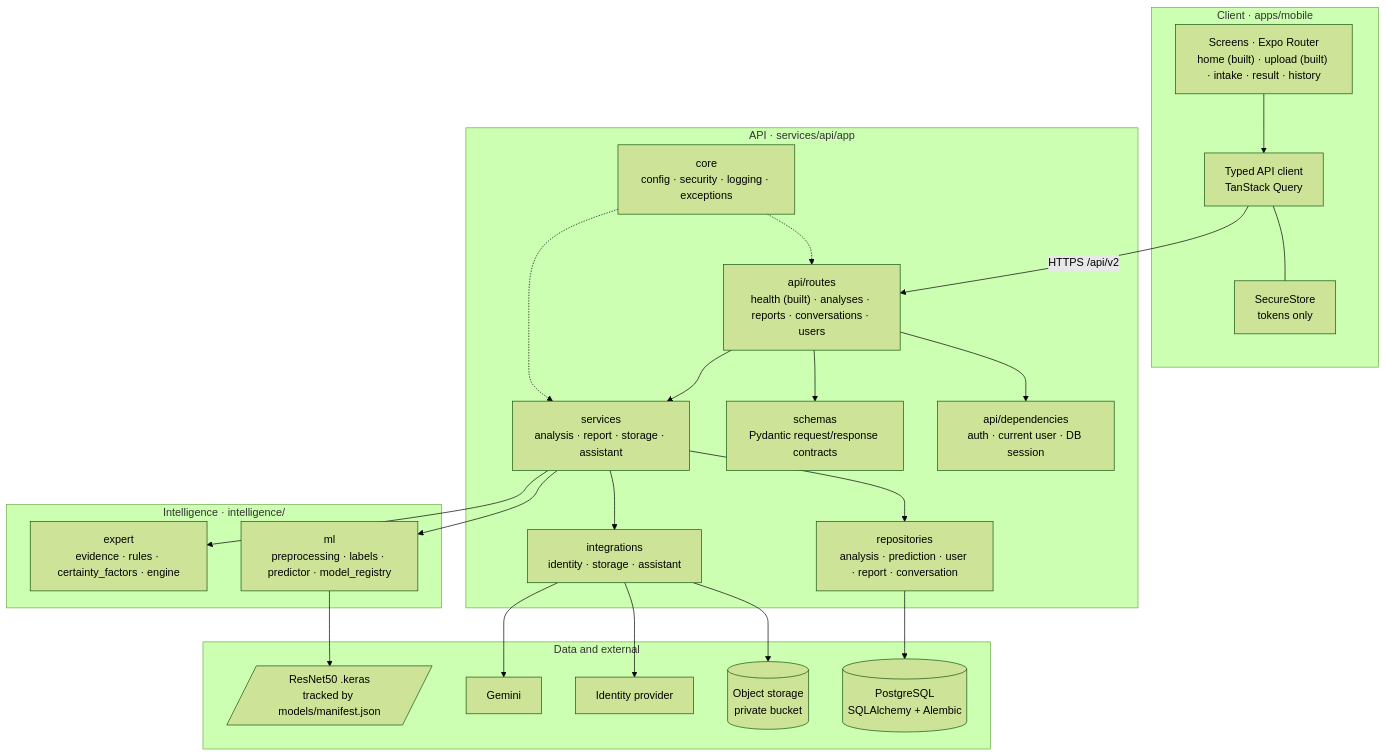
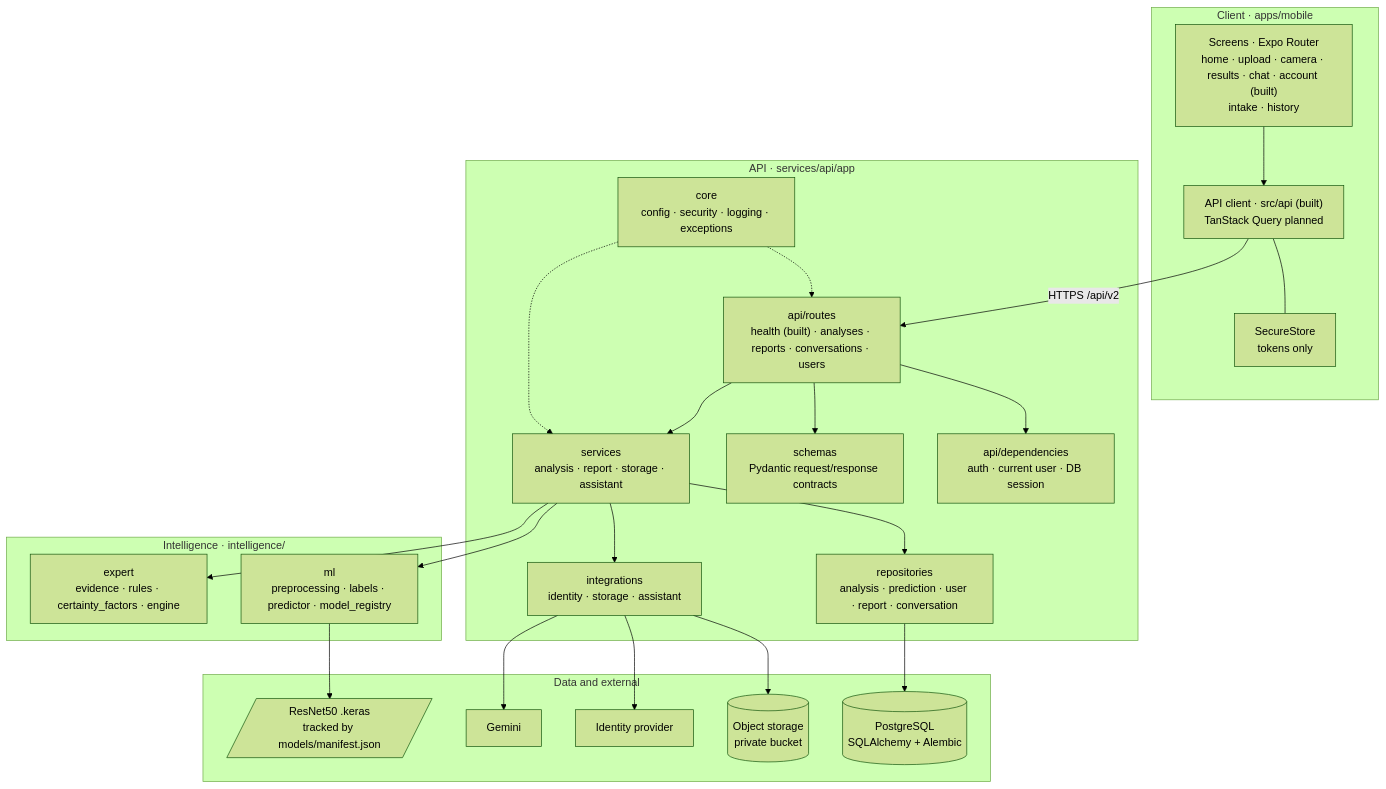
Before and after one commit to raul559/Capstone460v2: the second of 11 diagrams in docs/architecture/V2_ARCHITECTURE_DIAGRAMS.md, drawn with Mermaid (forest theme). The commit also changed other lines of this file and 7 other files, not shown here.

````diff
--- a/docs/architecture/V2_ARCHITECTURE_DIAGRAMS.md
+++ b/docs/architecture/V2_ARCHITECTURE_DIAGRAMS.md
@@ -59,49 +59,49 @@
 ```mermaid
 flowchart TB
     subgraph client["Client · apps/mobile"]
-        screens["Screens · Expo Router<br/>home (built) · upload (built) · intake · result · history"]
-        apiclient["Typed API client<br/>TanStack Query"]
+        screens["Screens · Expo Router<br/>home · upload · camera · results · chat · account (built)<br/>intake · history"]
+        apiclient["API client · src/api (built)<br/>TanStack Query planned"]
         secure["SecureStore<br/>tokens only"]
         screens --> apiclient
         apiclient --- secure
     end
 
     subgraph api["API · services/api/app"]
         routes["api/routes<br/>health (built) · analyses · reports · conversations · users"]
         deps["api/dependencies<br/>auth · current user · DB session"]
         schemas["schemas<br/>Pydantic request/response contracts"]
         services["services<br/>analysis · report · storage · assistant"]
         repos["repositories<br/>analysis · prediction · user · report · conversation"]
         core["core<br/>config · security · logging · exceptions"]
         integ["integrations<br/>identity · storage · assistant"]
         routes --> deps
         routes --> schemas
         routes --> services
         services --> repos
         services --> integ
         core -.-> routes
         core -.-> services
     end
 
     subgraph intel["Intelligence · intelligence/"]
         ml["ml<br/>preprocessing · labels · predictor · model_registry"]
         expert["expert<br/>evidence · rules · certainty_factors · engine"]
     end
 
     subgraph data["Data and external"]
         pg[("PostgreSQL<br/>SQLAlchemy + Alembic")]
         obj[("Object storage<br/>private bucket")]
         idp["Identity provider"]
         gemini["Gemini"]
         model[/"ResNet50 .keras<br/>tracked by models/manifest.json"/]
     end
 
     apiclient -- "HTTPS /api/v2" --> routes
     services --> ml
     services --> expert
     ml --> model
     repos --> pg
     integ --> obj
     integ --> idp
     integ --> gemini
 ```
````
